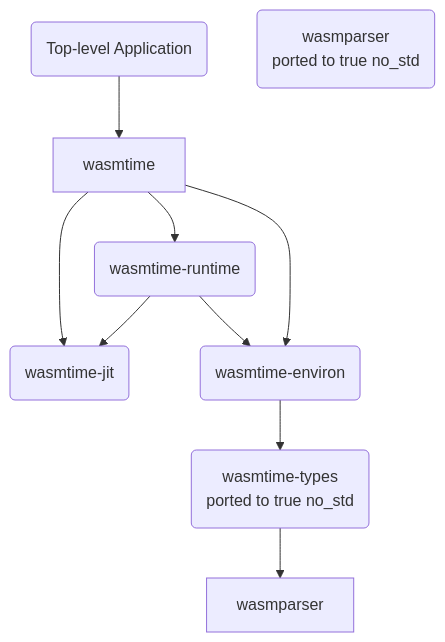
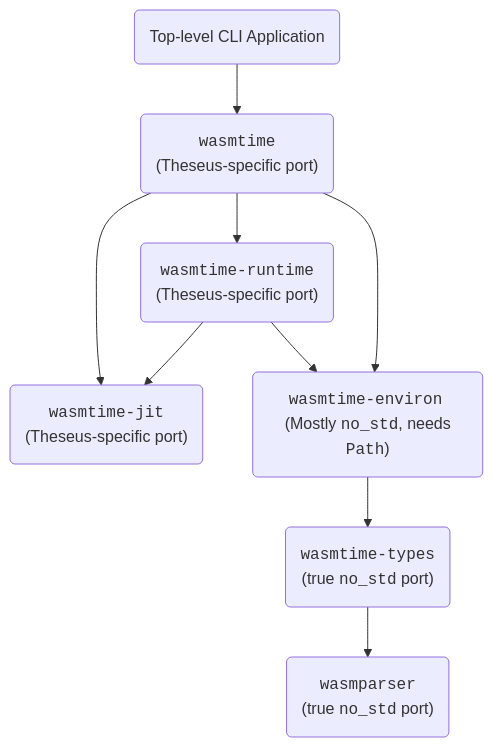
The diagram in posts/2022-06-21-wasmtime-complete-no_std-port.md (theseus-os/theseus-os.github.io), drawn with Mermaid before and after one commit. The commit also changed other lines of this file, not shown here.

Commit message:
[no ci] more diagram details

````diff
--- a/posts/2022-06-21-wasmtime-complete-no_std-port.md
+++ b/posts/2022-06-21-wasmtime-complete-no_std-port.md
@@ -47,23 +48,22 @@
 ```mermaid
 graph TD;
-    top(Top-level Application)
-    wasmtime
-    jit(wasmtime-jit)
-    runtime(wasmtime-runtime)
-    environ(wasmtime-environ)
-    types(wasmtime-types  <br> ported to true no_std)
+    top(Top-level CLI Application)
+    wasmtime("<tt>wasmtime</tt> <br> (Theseus-specific port)")
+    jit("<tt>wasmtime-jit</tt> <br> (Theseus-specific port)")
+    runtime("<tt>wasmtime-runtime</tt> <br> (Theseus-specific port)")
+    environ("<tt>wasmtime-environ</tt> <br> (Mostly <tt>no_std</tt>, needs <tt>Path</tt>)")
+    types("<tt>wasmtime-types</tt>  <br> (true <tt>no_std</tt> port)")
 
-    parser(wasmparser <br> ported to true no_std)
+    parser("<tt>wasmparser</tt> <br> (true <tt>no_std</tt> port)")
     
 
     top --> wasmtime
     wasmtime --> jit
     wasmtime --> runtime
     wasmtime --> environ
     runtime --> jit
     runtime --> environ
     environ --> types
-    types --> wasmparser
+    types --> parser
 
-    wasmparser
 ```
````
